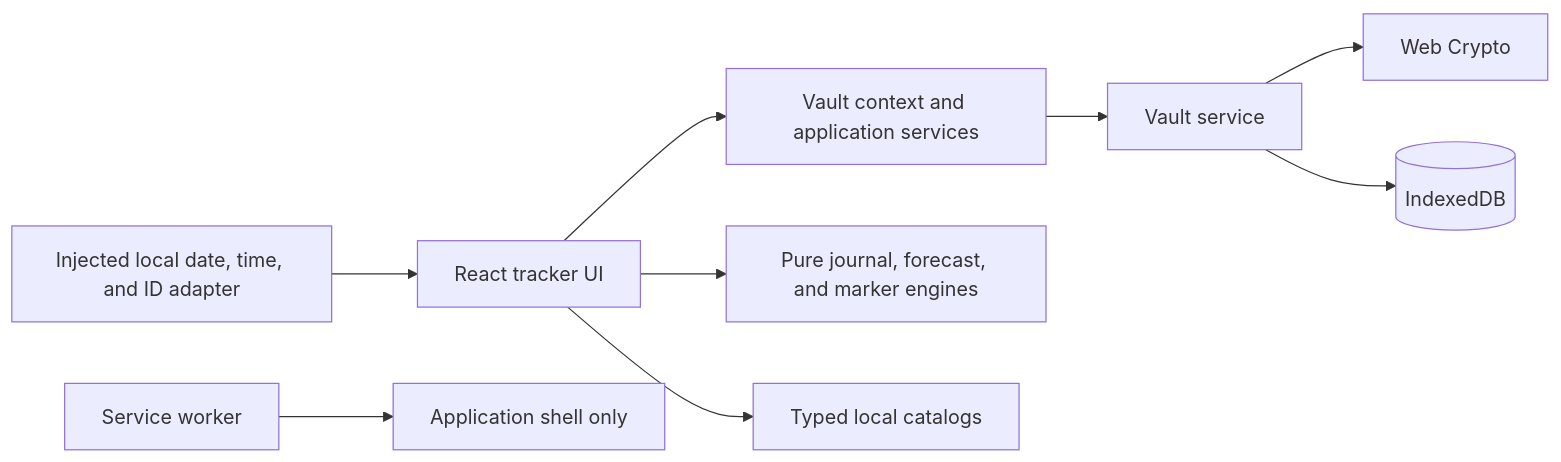
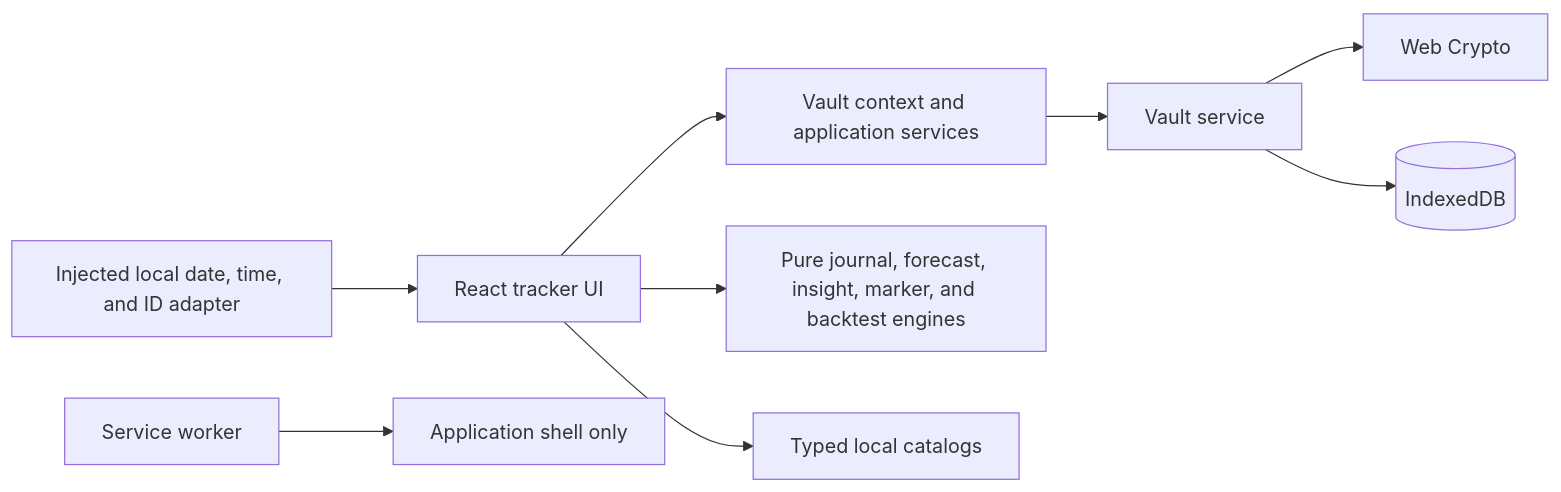
Before and after one commit to vsakhovski/perfectdays: the diagram in README.md, drawn with Mermaid. The commit also changed other lines of this file and 23 other files, not shown here.

````diff
--- a/README.md
+++ b/README.md
@@ -365,11 +366,11 @@
 ```mermaid
 flowchart LR
     UI[React tracker UI] --> APP[Vault context and application services]
-    UI --> DOMAIN[Pure journal, forecast, and marker engines]
+    UI --> DOMAIN[Pure journal, forecast, insight, marker, and backtest engines]
     UI --> I18N[Typed local catalogs]
     APP --> VAULT[Vault service]
     VAULT --> CRYPTO[Web Crypto]
     VAULT --> DB[(IndexedDB)]
     PLATFORM[Injected local date, time, and ID adapter] --> UI
     SW[Service worker] --> SHELL[Application shell only]
 ```
````
